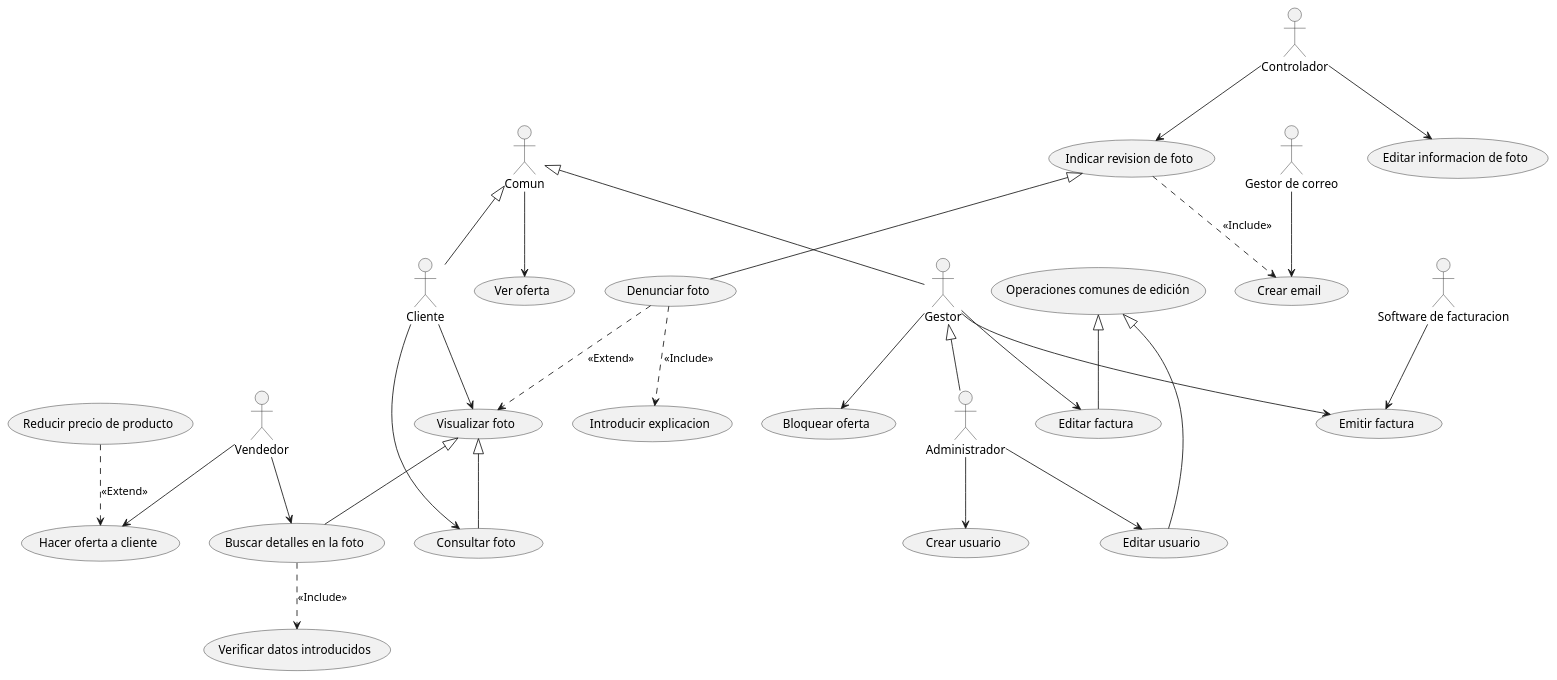
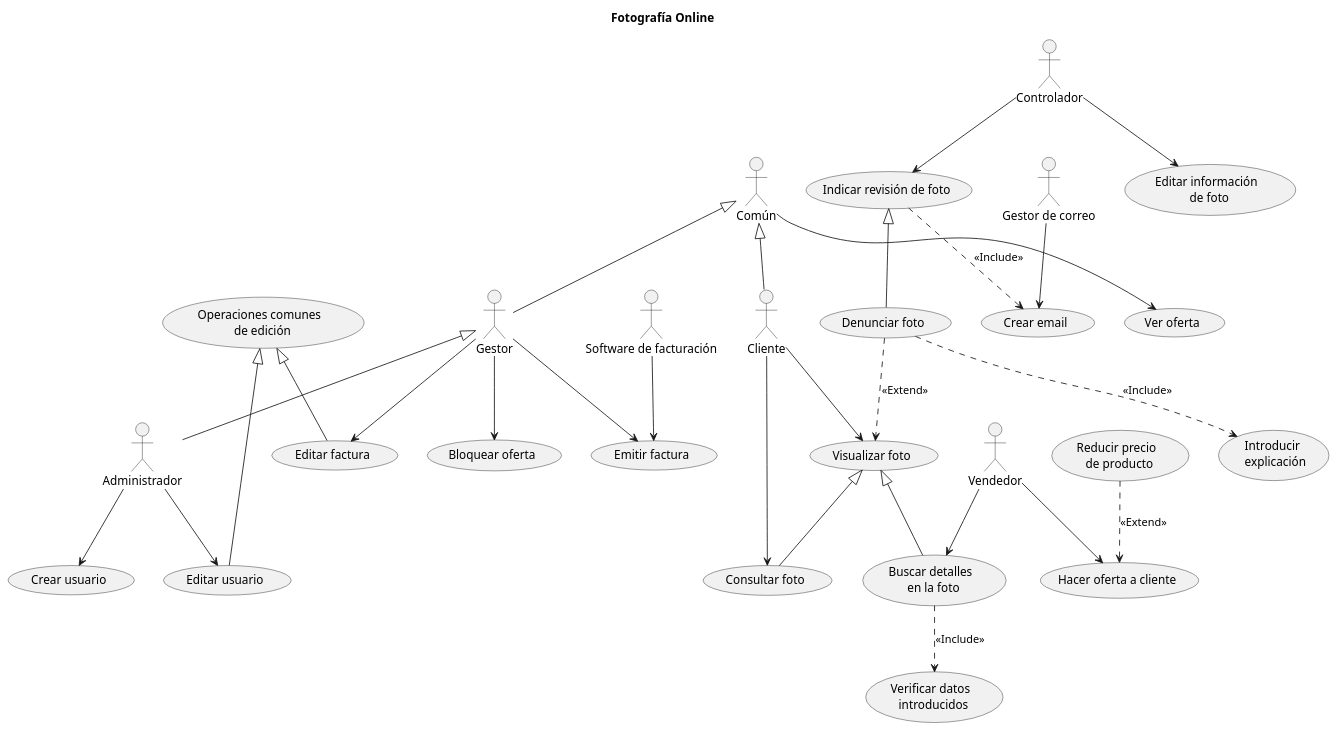
The diagram in LAB0/src/fotografia_online.puml (emg842/INRE-UAL-ROJO-2022), drawn with PlantUML before and after one commit. The commit also changed 6 other files, not shown here.

Commit message:
Puesta a punto de los diagramas de la actividad lab0

```diff
--- a/LAB0/src/fotografia_online.puml
+++ b/LAB0/src/fotografia_online.puml
@@ -1,77 +1,63 @@
 @startuml sistema_de_compras
+title Fotografía Online
 
-:Vendedor: as A1
-:Controlador: as A2
-:Cliente: as A3
-:Comun: as A4
+:Administrador: as A1
+:Cliente: as A2
+:Común: as A3
+:Controlador: as A4
 :Gestor: as A5
-:Software de facturacion: as A6
-:Gestor de correo: as A7
-:Administrador: as A8
+:Gestor de correo: as A6
+:Software de facturación: as A7
+:Vendedor: as A8
 
-(Hacer oferta a cliente) as UC1
-(Reducir precio de producto)  as UC2
-(Buscar detalles en la foto)  as UC3
-(Verificar datos introducidos) as UC4
-(Consultar foto) as UC5
-(Visualizar foto) as UC6
-(Denunciar foto) as UC7
-(Indicar revision de foto) as UC8
-(Introducir explicacion) as UC9
-(Editar informacion de foto) as UC10
-(Emitir factura) as UC11
-(Bloquear oferta) as UC12
-(Ver oferta) as UC13
-(Editar factura) as UC14
-(Crear email) as UC15
-(Editar usuario) as UC16
-(Operaciones comunes de edición) as UC17
-(Crear usuario) as UC18
+(Bloquear oferta) as UC1
+(Buscar detalles \n en la foto)  as UC2
+(Consultar foto) as UC3
+(Crear email) as UC4
+(Crear usuario) as UC5
+(Denunciar foto) as UC6
+(Editar factura) as UC7
+(Editar información \n de foto) as UC8
+(Editar usuario) as UC9
+(Emitir factura) as UC10
+(Hacer oferta a cliente) as UC11
+(Indicar revisión de foto) as UC12
+(Introducir \n explicación) as UC13
+(Operaciones comunes \n de edición) as UC14
+(Reducir precio \n de producto)  as UC15
+(Ver oferta) as UC16
+(Verificar datos \n introducidos) as UC17
+(Visualizar foto) as UC18
 
+A1 --> UC5
+A1 --> UC9
+A2 --> UC3
+A2 --> UC18
+A3 --> UC16
+A4 --> UC8
+A4 --> UC12
+A5 --> UC1
+A5 --> UC7
+A5 --> UC10
+A6 --> UC4
+A7 --> UC10
+A8 --> UC11
+A8 --> UC2
 
-A1 --> UC1
-A1 --> UC3
+A3 <|-- A2
+A3 <|-- A5
+A5 <|-- A1
+UC12 <|-- UC6
+UC14 <|-- UC7
+UC14 <|-- UC9
+UC18 <|-- UC2
+UC18 <|-- UC3
 
-A2 --> UC10
-A2 --> UC8
+UC6 ..> UC18 : <<Extend>>
+UC15 ..> UC11 : <<Extend>>
 
-A3 --> UC5
-A3 --> UC6
-
-A8 --> UC16
-A8 --> UC18
-
-A7 --> UC15
-
-A6 --> UC11
-
-A4 --> UC13
-
-A5 --> UC12
-A5 --> UC14
-A5 --> UC11
-
-
-A4 <|-- A3
-A4 <|-- A5
-UC17 <|-- UC14
-
-A5 <|-- A8
-
-UC6 <|-- UC3
-UC6 <|-- UC5
-
-UC8 <|-- UC7
-UC17 <|-- UC16
-
-
-
-
-UC2 ..> UC1 : <<Extend>>
-UC7 ..> UC6 : <<Extend>>
-UC7 ..> UC9 : <<Include>>
-UC3 ..> UC4 : <<Include>>
-UC8 ..> UC15 : <<Include>>
-
+UC2 ..> UC17 : <<Include>>
+UC6 ..> UC13 : <<Include>>
+UC12 ..> UC4 : <<Include>>
 
 @enduml
```
